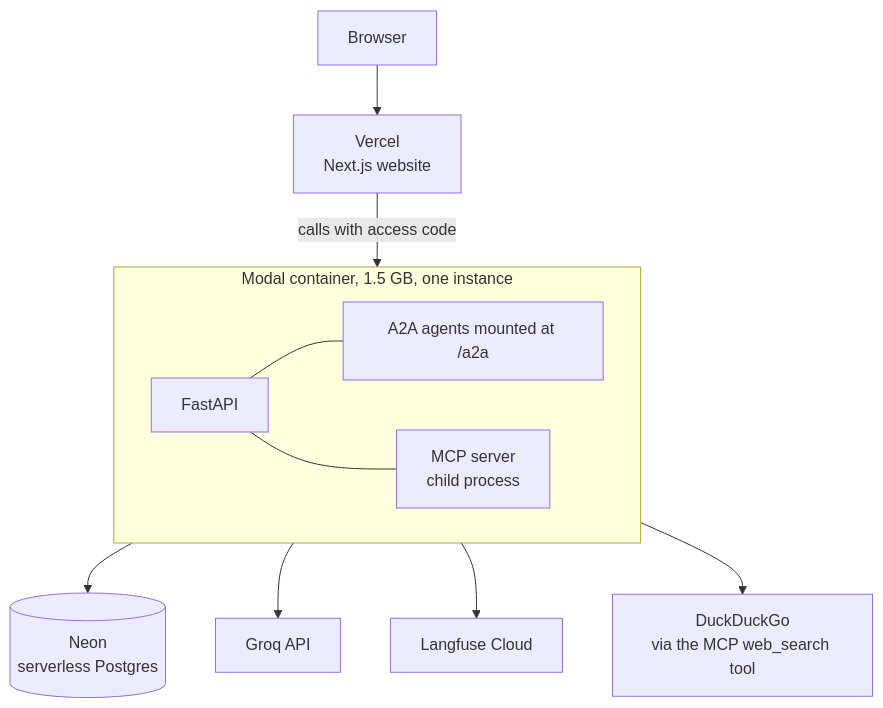
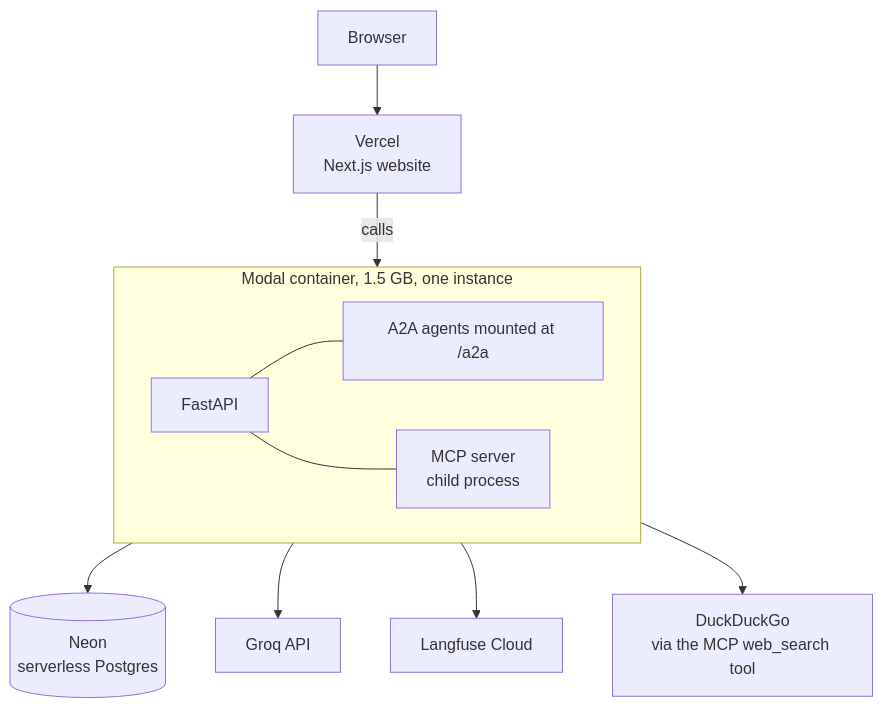
One commit to divyammadaan/flywheel-ai-cofounder changed the third of 3 diagrams in docs/PROJECT_FOR_REPORT.md. Above: the diagram before and after it, drawn with Mermaid. The commit also changed other lines of this file and 6 other files, not shown here.

Commit message:
Open the demo (no access code), add run metrics with estimated cost, update docs

````diff
--- a/docs/PROJECT_FOR_REPORT.md
+++ b/docs/PROJECT_FOR_REPORT.md
@@ -293,13 +293,13 @@
 ```mermaid
 flowchart TB
   B[Browser] --> V[Vercel<br/>Next.js website]
-  V -->|calls with access code| M
+  V -->|calls| M
   subgraph M[Modal container, 1.5 GB, one instance]
     A[FastAPI] --- A2[A2A agents mounted at /a2a]
     A --- MC[MCP server<br/>child process]
   end
   M --> N[(Neon<br/>serverless Postgres)]
   M --> G[Groq API]
   M --> L[Langfuse Cloud]
   M --> D[DuckDuckGo<br/>via the MCP web_search tool]
 ```
````
